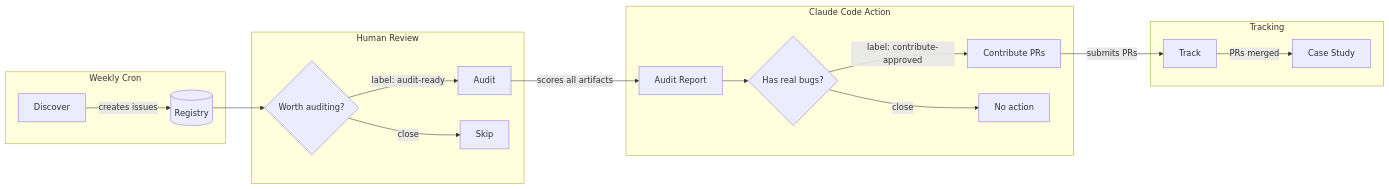
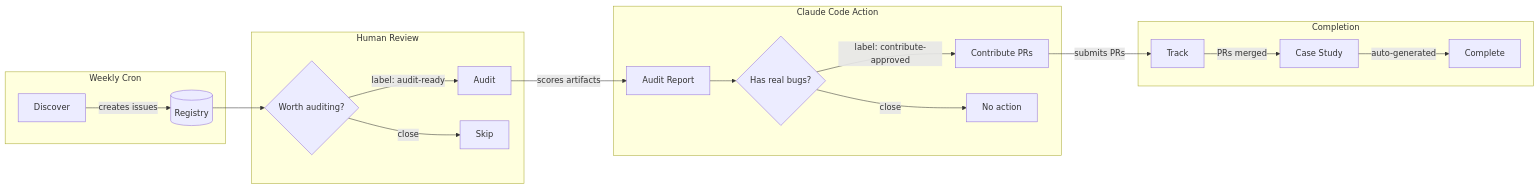
One commit to xiaolai/nlpm-auditor changed the first of 2 diagrams in README.md. Above: the diagram before and after it, drawn with Mermaid. The commit also changed other lines of this file and 1 other file, not shown here.

````diff
--- a/README.md
+++ b/README.md
@@ -9,24 +9,25 @@
 ```mermaid
 graph LR
     subgraph "Weekly Cron"
         D[Discover] -->|creates issues| R[(Registry)]
     end
 
     subgraph "Human Review"
         R --> H{Worth auditing?}
         H -->|label: audit-ready| A[Audit]
         H -->|close| X[Skip]
     end
 
     subgraph "Claude Code Action"
-        A -->|scores all artifacts| Report[Audit Report]
+        A -->|scores artifacts| Report[Audit Report]
         Report --> H2{Has real bugs?}
         H2 -->|label: contribute-approved| C[Contribute PRs]
         H2 -->|close| X2[No action]
     end
 
-    subgraph "Tracking"
+    subgraph "Completion"
         C -->|submits PRs| T[Track]
         T -->|PRs merged| CS[Case Study]
+        CS -->|auto-generated| Done[Complete]
     end
 ```
````
